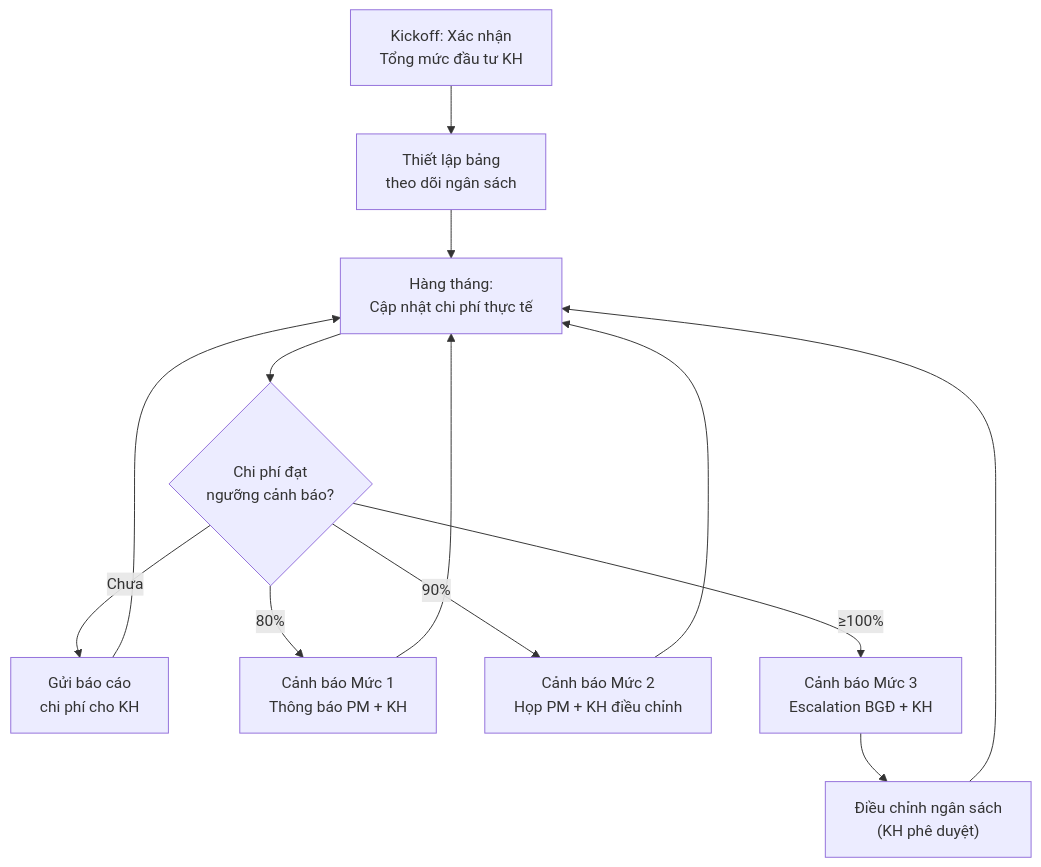
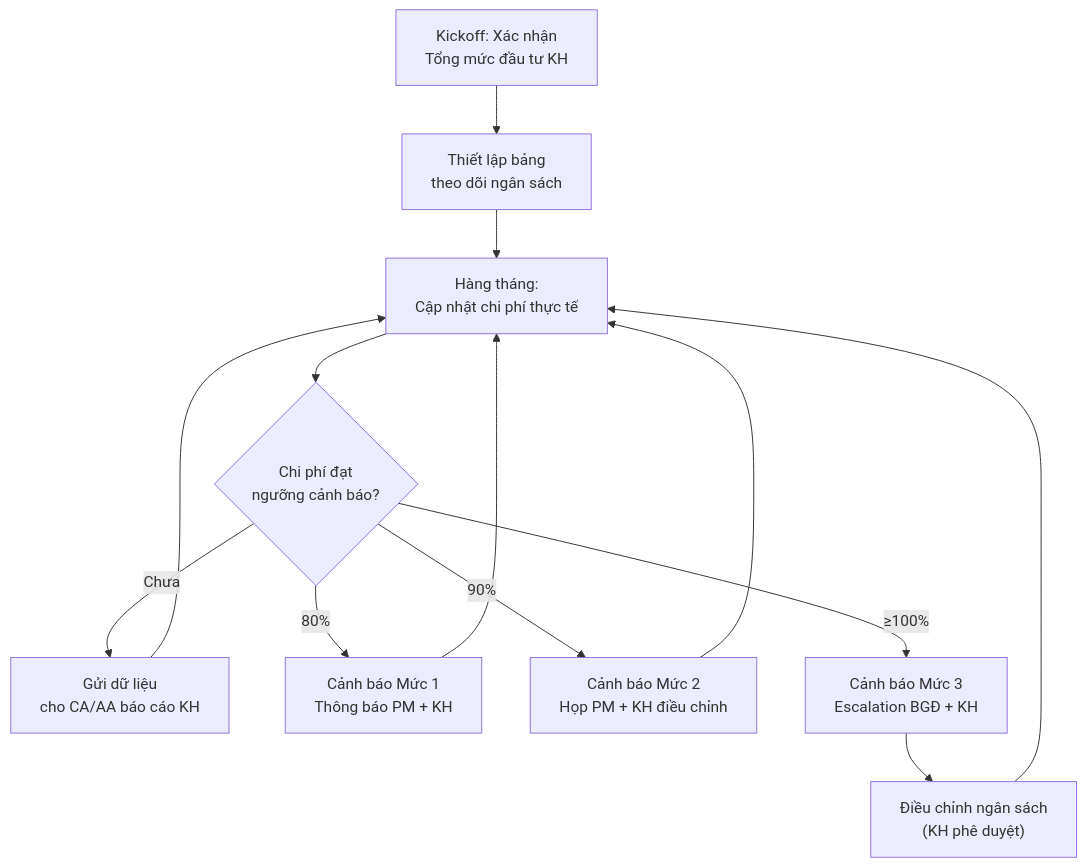
The first of 2 diagrams in 02-ACCOUNT/quan-ly-ngan-sach-chi-phi.md (namdh9939/SOP-QLDA-TLXN), drawn with Mermaid before and after one commit. The commit also changed other lines of this file and 5 other files, not shown here.

````diff
--- a/02-ACCOUNT/quan-ly-ngan-sach-chi-phi.md
+++ b/02-ACCOUNT/quan-ly-ngan-sach-chi-phi.md
@@ -32,15 +32,15 @@
 ```mermaid
 flowchart TD
     A["Kickoff: Xác nhận<br/>Tổng mức đầu tư KH"] --> B["Thiết lập bảng<br/>theo dõi ngân sách"]
     B --> C["Hàng tháng:<br/>Cập nhật chi phí thực tế"]
     C --> D{"Chi phí đạt<br/>ngưỡng cảnh báo?"}
-    D -->|Chưa| E["Gửi báo cáo<br/>chi phí cho KH"]
+    D -->|Chưa| E["Gửi dữ liệu<br/>cho CA/AA báo cáo KH"]
     D -->|80%| F["Cảnh báo Mức 1<br/>Thông báo PM + KH"]
     D -->|90%| G["Cảnh báo Mức 2<br/>Họp PM + KH điều chỉnh"]
     D -->|≥100%| H["Cảnh báo Mức 3<br/>Escalation BGĐ + KH"]
     E --> C
     F --> C
     G --> C
     H --> I["Điều chỉnh ngân sách<br/>(KH phê duyệt)"]
     I --> C
 ```
````
